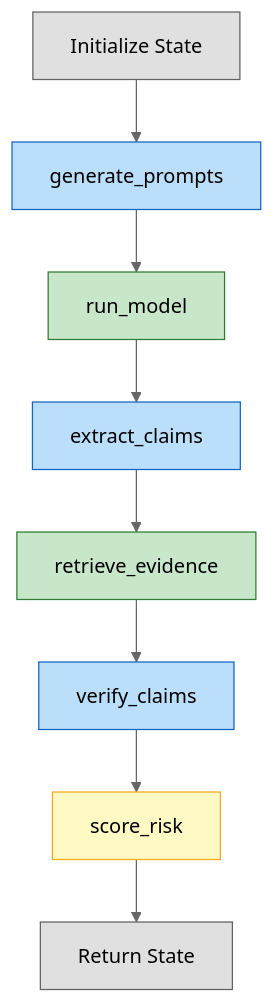
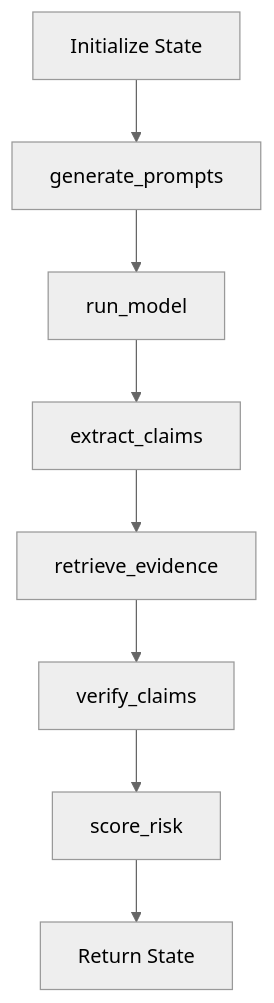
The third of 9 diagrams in docs/ARCHITECTURE.md (kunalsinghdadhwal/symmetrical-broccoli), drawn with Mermaid (neutral theme) before and after one commit. The commit also changed other lines of this file, not shown here.

````diff
--- a/docs/ARCHITECTURE.md
+++ b/docs/ARCHITECTURE.md
@@ -264,19 +247,10 @@
 ```mermaid
 flowchart TD
     A[Initialize State] --> B[generate_prompts]
     B --> C[run_model]
     C --> D[extract_claims]
     D --> E[retrieve_evidence]
     E --> F[verify_claims]
     F --> G[score_risk]
     G --> H[Return State]
-
-    style A fill:#e0e0e0,stroke:#616161
-    style H fill:#e0e0e0,stroke:#616161
-    style B fill:#bbdefb,stroke:#1565c0
-    style C fill:#c8e6c9,stroke:#2e7d32
-    style D fill:#bbdefb,stroke:#1565c0
-    style E fill:#c8e6c9,stroke:#2e7d32
-    style F fill:#bbdefb,stroke:#1565c0
-    style G fill:#fff9c4,stroke:#f9a825
 ```
````
